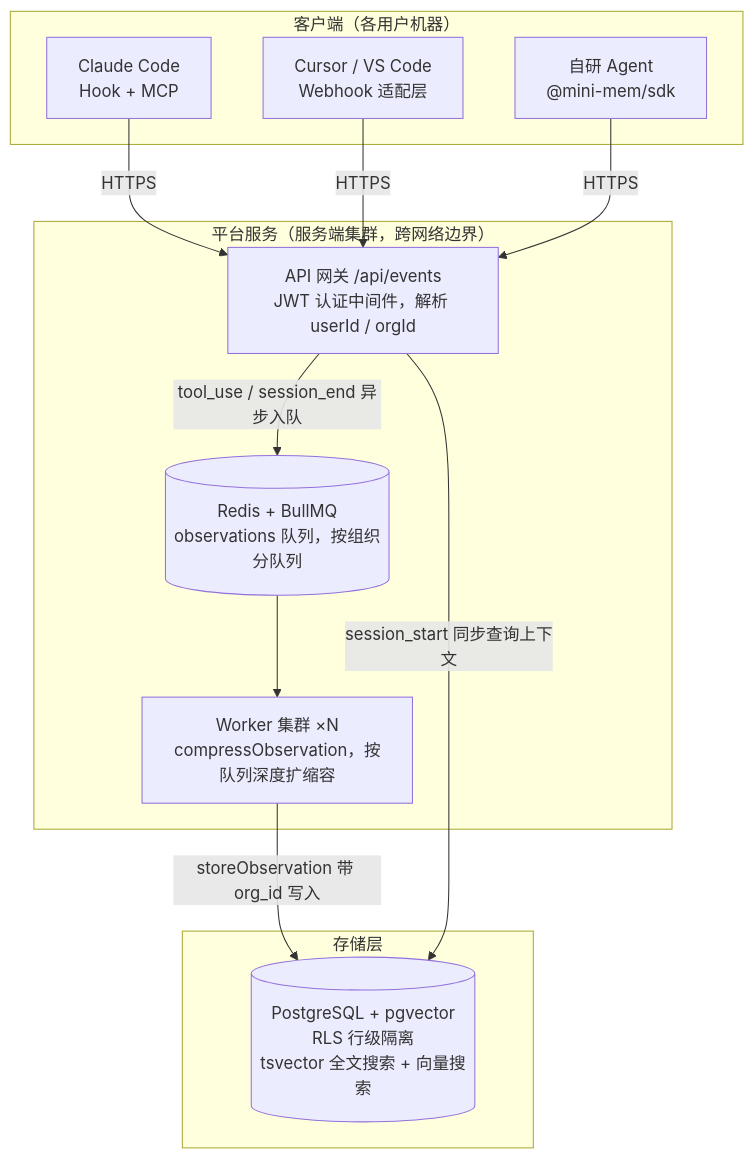
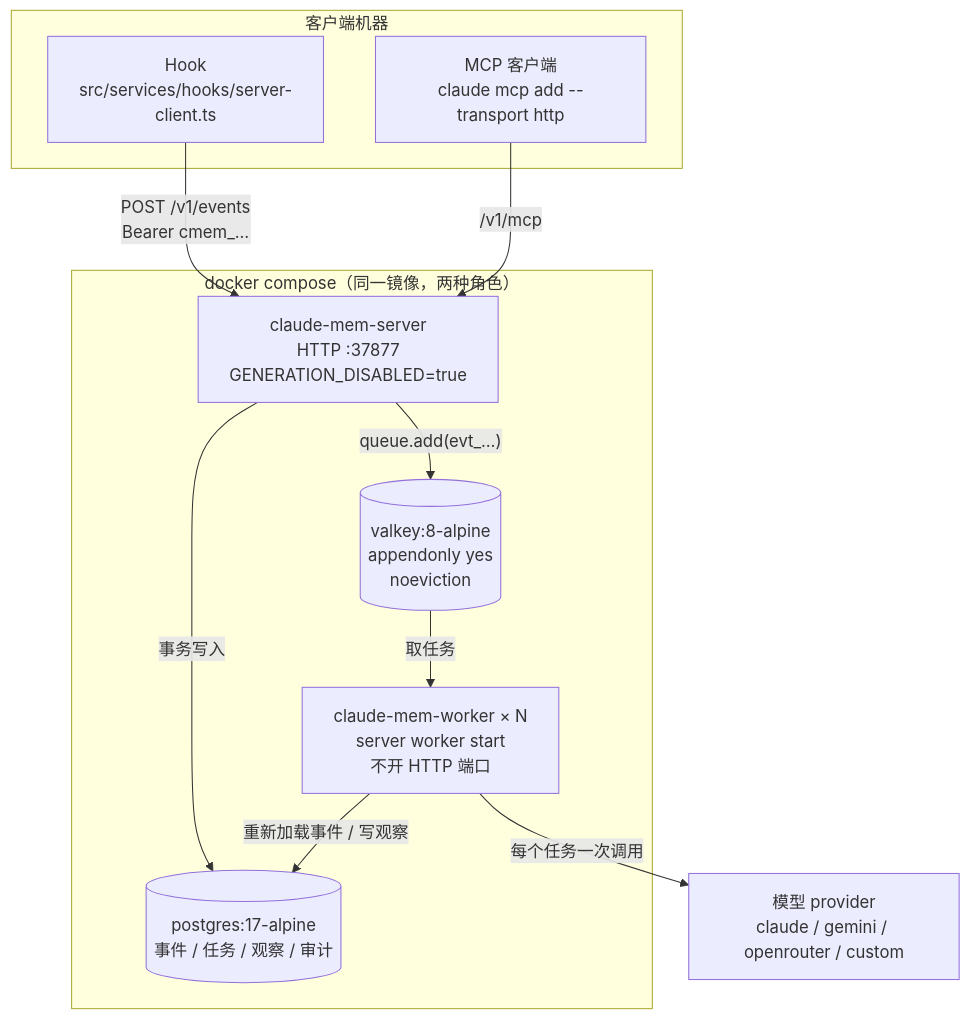
One commit to diguike/book-claude-mem changed the first of 4 diagrams in 05-enterprise/ch16-platform-upgrade/README.md. Above: the diagram before and after it, drawn with Mermaid. The commit also changed other lines of this file and 155 other files, not shown here.

First line of the commit message:
docs: second edition for claude-mem v13.35.0

````diff
--- a/05-enterprise/ch16-platform-upgrade/README.md
+++ b/05-enterprise/ch16-platform-upgrade/README.md
@@ -23,23 +29,21 @@
 ```mermaid
 graph TB
-    subgraph clients["客户端（各用户机器）"]
-        A1["Claude Code<br/>Hook + MCP"]
-        A2["Cursor / VS Code<br/>Webhook 适配层"]
-        A3["自研 Agent<br/>@mini-mem/sdk"]
+    subgraph clients["客户端机器"]
+        H["Hook<br/>src/services/hooks/server-client.ts"]
+        M["MCP 客户端<br/>claude mcp add --transport http"]
     end
-    subgraph platform["平台服务（服务端集群，跨网络边界）"]
-        GW["API 网关 /api/events<br/>JWT 认证中间件，解析 userId / orgId"]
-        Q[("Redis + BullMQ<br/>observations 队列，按组织分队列")]
-        W["Worker 集群 ×N<br/>compressObservation，按队列深度扩缩容"]
+    subgraph stack["docker compose（同一镜像，两种角色）"]
+        S["claude-mem-server<br/>HTTP :37877<br/>GENERATION_DISABLED=true"]
+        W["claude-mem-worker × N<br/>server worker start<br/>不开 HTTP 端口"]
+        PG[("postgres:17-alpine<br/>事件 / 任务 / 观察 / 审计")]
+        V[("valkey:8-alpine<br/>appendonly yes<br/>noeviction")]
     end
-    subgraph storage["存储层"]
-        PG[("PostgreSQL + pgvector<br/>RLS 行级隔离<br/>tsvector 全文搜索 + 向量搜索")]
-    end
-    A1 -->|"HTTPS"| GW
-    A2 -->|"HTTPS"| GW
-    A3 -->|"HTTPS"| GW
-    GW -->|"tool_use / session_end 异步入队"| Q
-    Q --> W
-    W -->|"storeObservation 带 org_id 写入"| PG
-    GW -->|"session_start 同步查询上下文"| PG
+    P["模型 provider<br/>claude / gemini / openrouter / custom"]
+    H -->|"POST /v1/events<br/>Bearer cmem_…"| S
+    M -->|"/v1/mcp"| S
+    S -->|"事务写入"| PG
+    S -->|"queue.add(evt_…)"| V
+    V -->|"取任务"| W
+    W -->|"重新加载事件 / 写观察"| PG
+    W -->|"每个任务一次调用"| P
 ```
````
